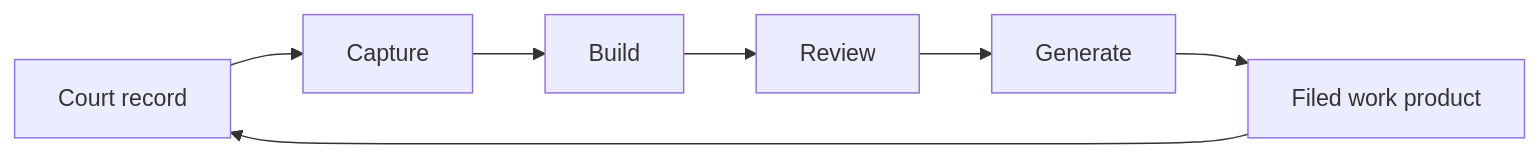
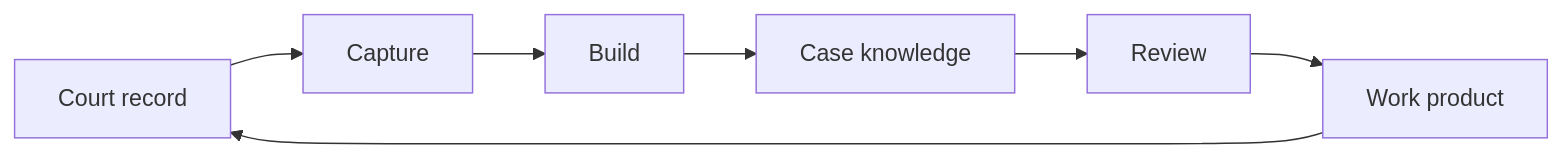
One commit to jwogrady/casebuilder changed the first of 4 diagrams in README.md. Above: the diagram before and after it, drawn with Mermaid. The commit also changed other lines of this file, not shown here.

Commit message:
docs: make CaseBuilder product identity sharper

````diff
--- a/README.md
+++ b/README.md
@@ -44,9 +49,9 @@
 ```mermaid
 flowchart LR
     Court[Court record] --> Capture[Capture]
     Capture --> Build[Build]
-    Build --> Review[Review]
-    Review --> Generate[Generate]
-    Generate --> Filing[Filed work product]
-    Filing --> Court
+    Build --> Knowledge[Case knowledge]
+    Knowledge --> Review[Review]
+    Review --> Work[Work product]
+    Work --> Court
 ```
````
